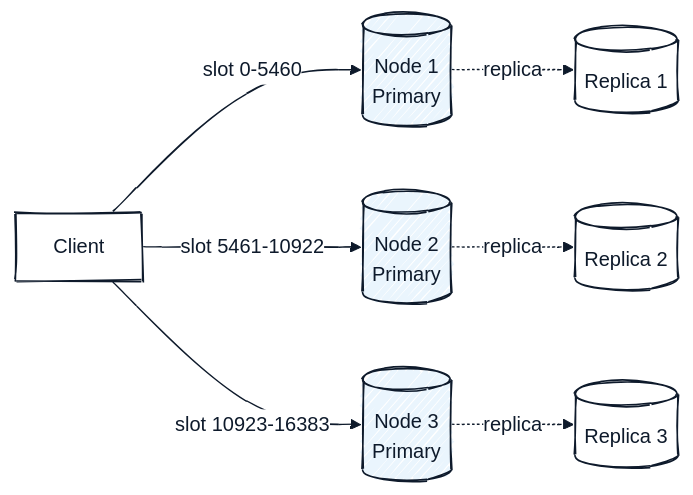
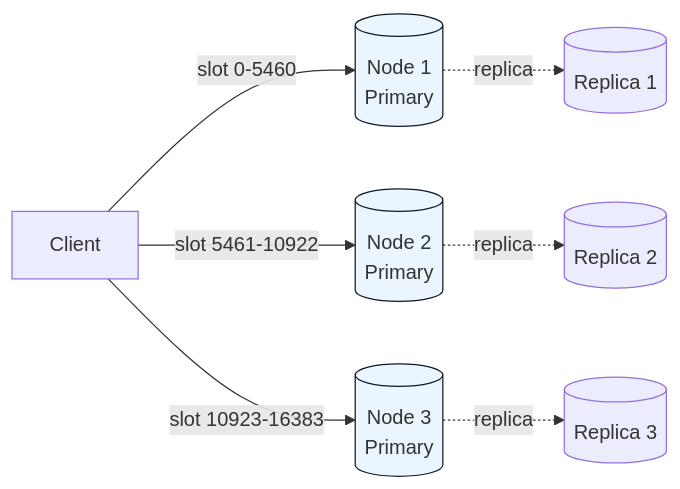
The sixth of 13 diagrams in LLD/CoreConcepts/Redis.md (cartmancodes/InterviewVault), drawn with Mermaid before and after one commit. The commit also changed other lines of this file and 679 other files, not shown here.

Commit message:
Unify content diagrams and add accessible visual walkthroughs

````diff
--- a/LLD/CoreConcepts/Redis.md
+++ b/LLD/CoreConcepts/Redis.md
@@ -322,29 +252,15 @@
 ```mermaid
----
-config:
-  look: handDrawn
-  handDrawnSeed: 7
-  theme: base
-  themeVariables:
-    primaryColor: "#FFFFFF"
-    primaryBorderColor: "#0E1A2B"
-    primaryTextColor: "#0E1A2B"
-    lineColor: "#0E1A2B"
-    clusterBkg: "#FFFFFF"
-    clusterBorder: "#6B7C96"
-    edgeLabelBackground: "#FFFFFF"
----
 graph LR
     C[Client]
     C -->|slot 0-5460| N1[(Node 1<br/>Primary)]
     C -->|slot 5461-10922| N2[(Node 2<br/>Primary)]
     C -->|slot 10923-16383| N3[(Node 3<br/>Primary)]
 
     N1 -.replica.-> R1[(Replica 1)]
     N2 -.replica.-> R2[(Replica 2)]
     N3 -.replica.-> R3[(Replica 3)]
 
     style N1 fill:#EAF5FD,stroke:#0E1A2B
     style N2 fill:#EAF5FD,stroke:#0E1A2B
     style N3 fill:#EAF5FD,stroke:#0E1A2B
 ```
````
